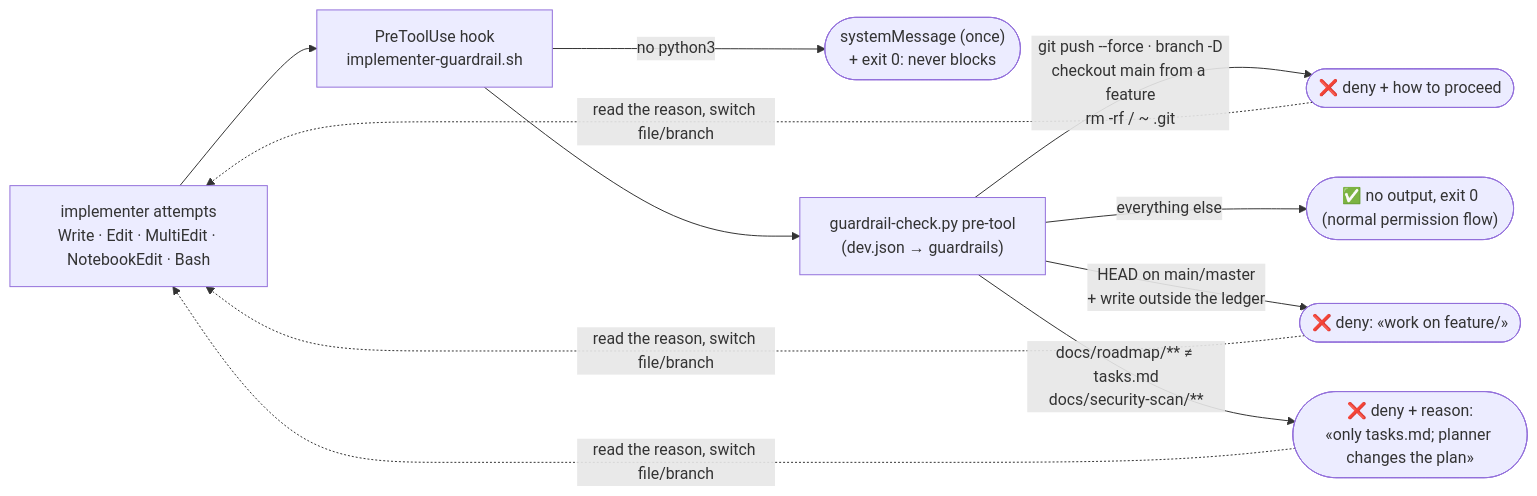
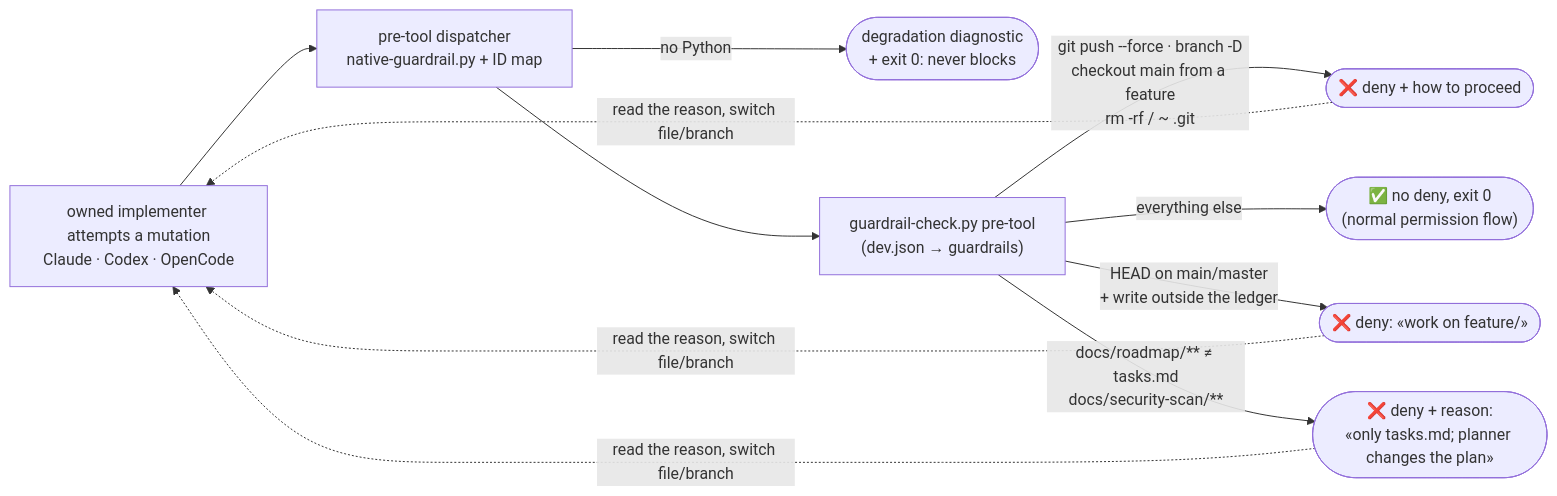
Diagram 12 of 16 in docs/en/FLOWS.md (daycry/custom-agents), drawn with Mermaid before and after one commit. The commit also changed other lines of this file and 17 other files, not shown here.

````diff
--- a/docs/en/FLOWS.md
+++ b/docs/en/FLOWS.md
@@ -369,11 +374,11 @@
 ```mermaid
 flowchart LR
-    T["implementer attempts<br/>Write · Edit · MultiEdit · NotebookEdit · Bash"] --> W["PreToolUse hook<br/>implementer-guardrail.sh"]
-    W -->|"no python3"| M(["systemMessage (once)<br/>+ exit 0: never blocks"])
+    T["owned implementer attempts a mutation<br/>Claude · Codex · OpenCode"] --> W["pre-tool dispatcher<br/>native-guardrail.py + ID map"]
+    W -->|"no Python"| M(["degradation diagnostic<br/>+ exit 0: never blocks"])
     W --> G["guardrail-check.py pre-tool<br/>(dev.json → guardrails)"]
     G -->|"docs/roadmap/** ≠ tasks.md<br/>docs/security-scan/**"| D(["❌ deny + reason:<br/>«only tasks.md; planner changes the plan»"])
     G -->|"HEAD on main/master<br/>+ write outside the ledger"| D2(["❌ deny: «work on feature/<slug>»"])
     G -->|"git push --force · branch -D<br/>checkout main from a feature<br/>rm -rf / ~ .git"| D3(["❌ deny + how to proceed"])
-    G -->|"everything else"| A(["✅ no output, exit 0<br/>(normal permission flow)"])
+    G -->|"everything else"| A(["✅ no deny, exit 0<br/>(normal permission flow)"])
     D & D2 & D3 -.->|"read the reason, switch file/branch"| T
 ```
````
